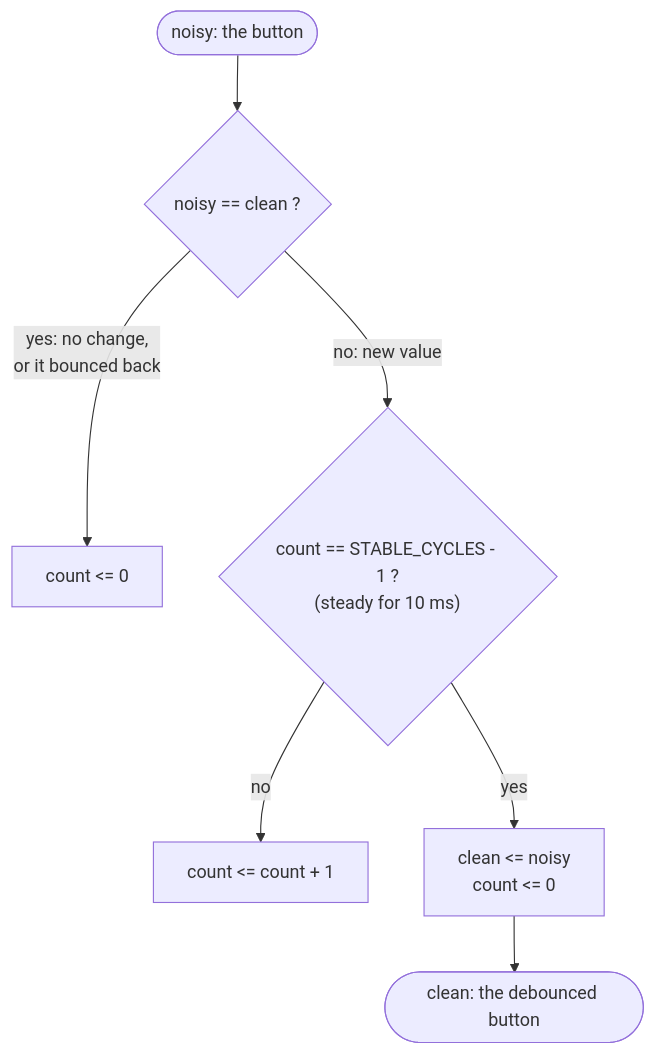
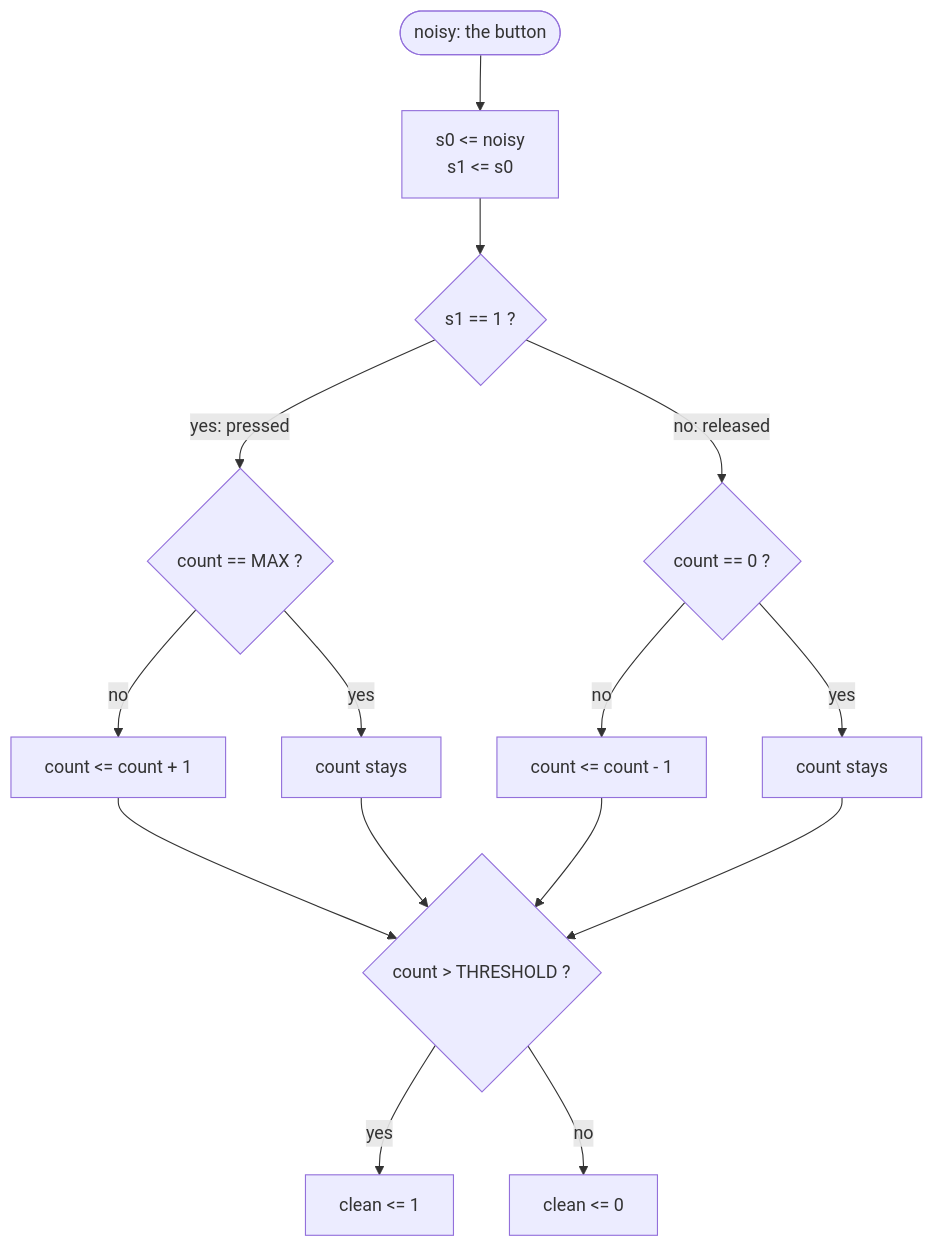
The diagram in labs/05/README.md (codenet/col215-digital-logic), drawn with Mermaid before and after one commit. The commit also changed other lines of this file and 2 other files, not shown here.

````diff
--- a/labs/05/README.md
+++ b/labs/05/README.md
@@ -121,9 +125,14 @@
 ```mermaid
 flowchart TD
-    noisy([noisy: the button]) --> same{"noisy == clean ?"}
-    same -- "yes: no change,<br/>or it bounced back" --> reset1["count &lt;= 0"]
-    same -- "no: new value" --> long{"count == STABLE_CYCLES - 1 ?<br/>(steady for 10 ms)"}
-    long -- no --> inc["count &lt;= count + 1"]
-    long -- yes --> accept["clean &lt;= noisy<br/>count &lt;= 0"]
-    accept --> clean([clean: the debounced button])
+    noisy([noisy: the button]) --> sync["s0 &lt;= noisy<br/>s1 &lt;= s0"]
+    sync --> pressed{"s1 == 1 ?"}
+    pressed -- "yes: pressed" --> top{"count == MAX ?"}
+    top -- no --> inc["count &lt;= count + 1"]
+    top -- yes --> keep1["count stays"]
+    pressed -- "no: released" --> bottom{"count == 0 ?"}
+    bottom -- no --> dec["count &lt;= count - 1"]
+    bottom -- yes --> keep0["count stays"]
+    inc & keep1 & dec & keep0 --> cmp{"count &gt; THRESHOLD ?"}
+    cmp -- yes --> one["clean &lt;= 1"]
+    cmp -- no --> zero["clean &lt;= 0"]
 ```
````
